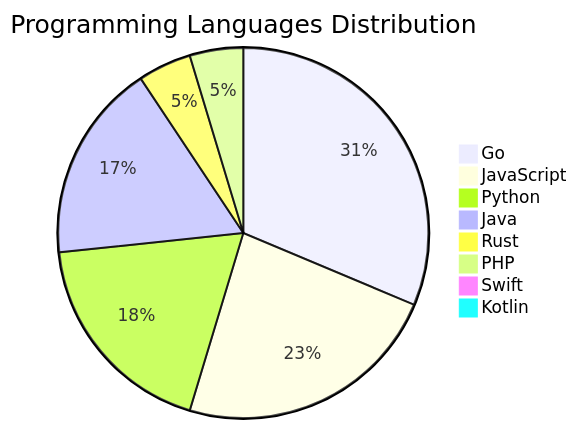
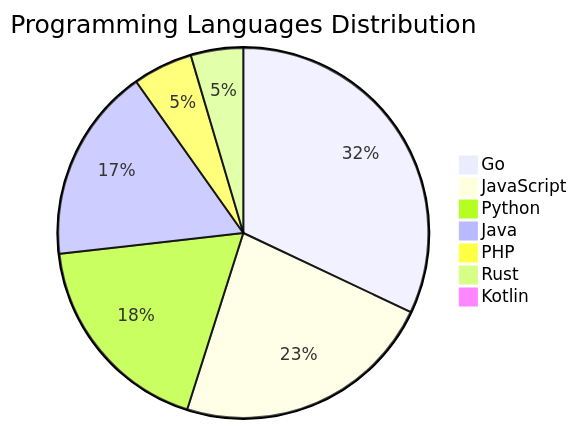
One commit to Derrick-MUGISHA/github-activity-bot changed the diagram in README.md. Above: the diagram before and after it, drawn with Mermaid. The commit also changed other lines of this file and 4 other files, not shown here.

````diff
--- a/README.md
+++ b/README.md
@@ -208,11 +207,10 @@
 ```mermaid
 pie title Programming Languages Distribution
-    "Go" : 47
+    "Go" : 49
     "JavaScript" : 35
     "Python" : 28
     "Java" : 26
+    "PHP" : 8
     "Rust" : 7
-    "PHP" : 7
-    "Swift" : 1
     "Kotlin" : 1
 ```
````
